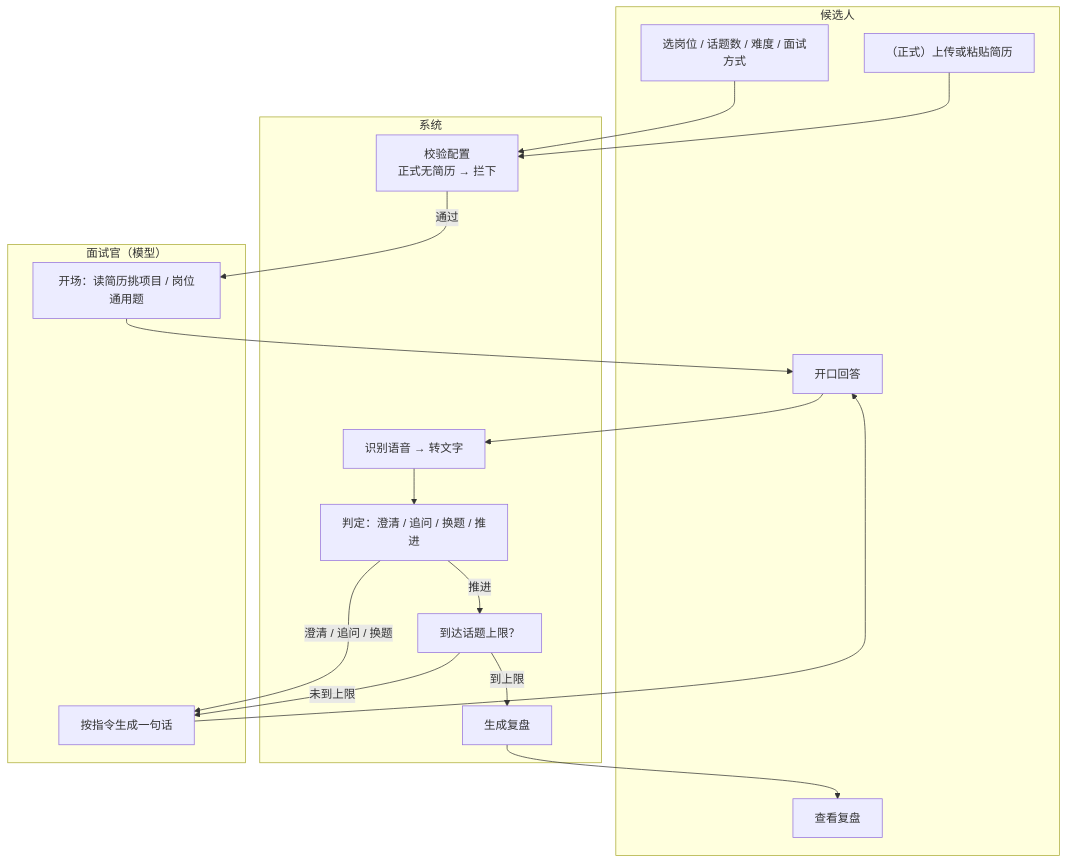
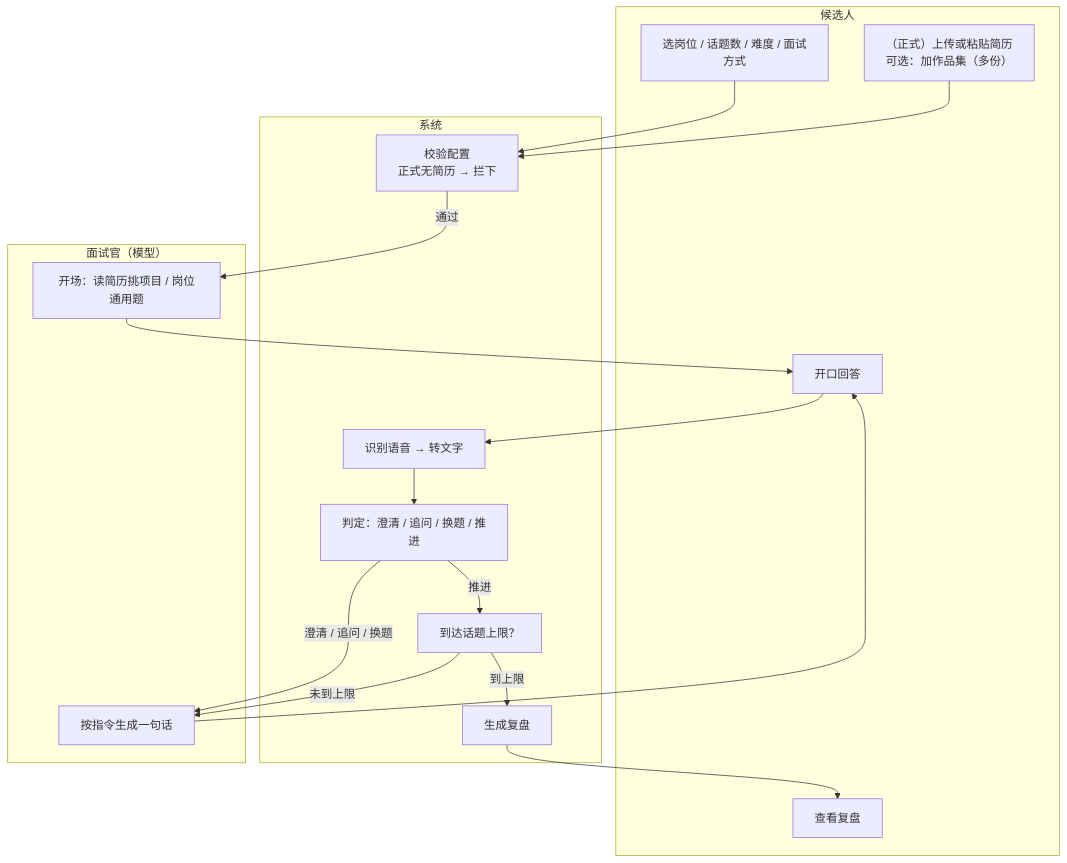
Before and after one commit to zyyomg/interview-coach-agent: the diagram in 作品集/02-需求说明书.md, drawn with Mermaid. The commit also changed other lines of this file and 17 other files, not shown here.

````diff
--- a/作品集/02-需求说明书.md
+++ b/作品集/02-需求说明书.md
@@ -95,35 +96,35 @@
 ```mermaid
 flowchart TD
     subgraph U["候选人"]
         U1["选岗位 / 话题数 / 难度 / 面试方式"]
-        U2["（正式）上传或粘贴简历"]
+        U2["（正式）上传或粘贴简历<br/>可选：加作品集（多份）"]
         U3["开口回答"]
         U4["查看复盘"]
     end
 
     subgraph S["系统"]
         S1["校验配置<br/>正式无简历 → 拦下"]
         S2["识别语音 → 转文字"]
         S3["判定：澄清 / 追问 / 换题 / 推进"]
         S4["到达话题上限？"]
         S5["生成复盘"]
     end
 
     subgraph M["面试官（模型）"]
         M1["开场：读简历挑项目 / 岗位通用题"]
         M2["按指令生成一句话"]
     end
 
     U1 --> S1
     U2 --> S1
     S1 -->|"通过"| M1
     M1 --> U3
     U3 --> S2
     S2 --> S3
     S3 -->|"澄清 / 追问 / 换题"| M2
     M2 --> U3
     S3 -->|"推进"| S4
     S4 -->|"未到上限"| M2
     S4 -->|"到上限"| S5
     S5 --> U4
 ```
````
